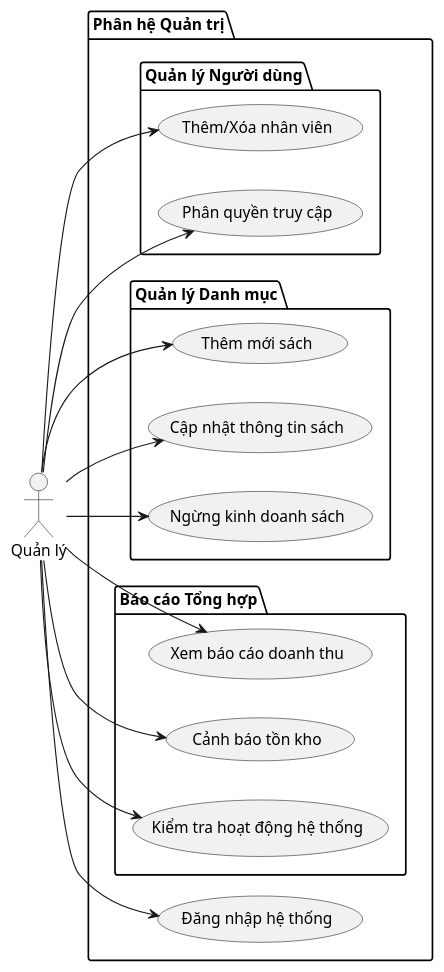
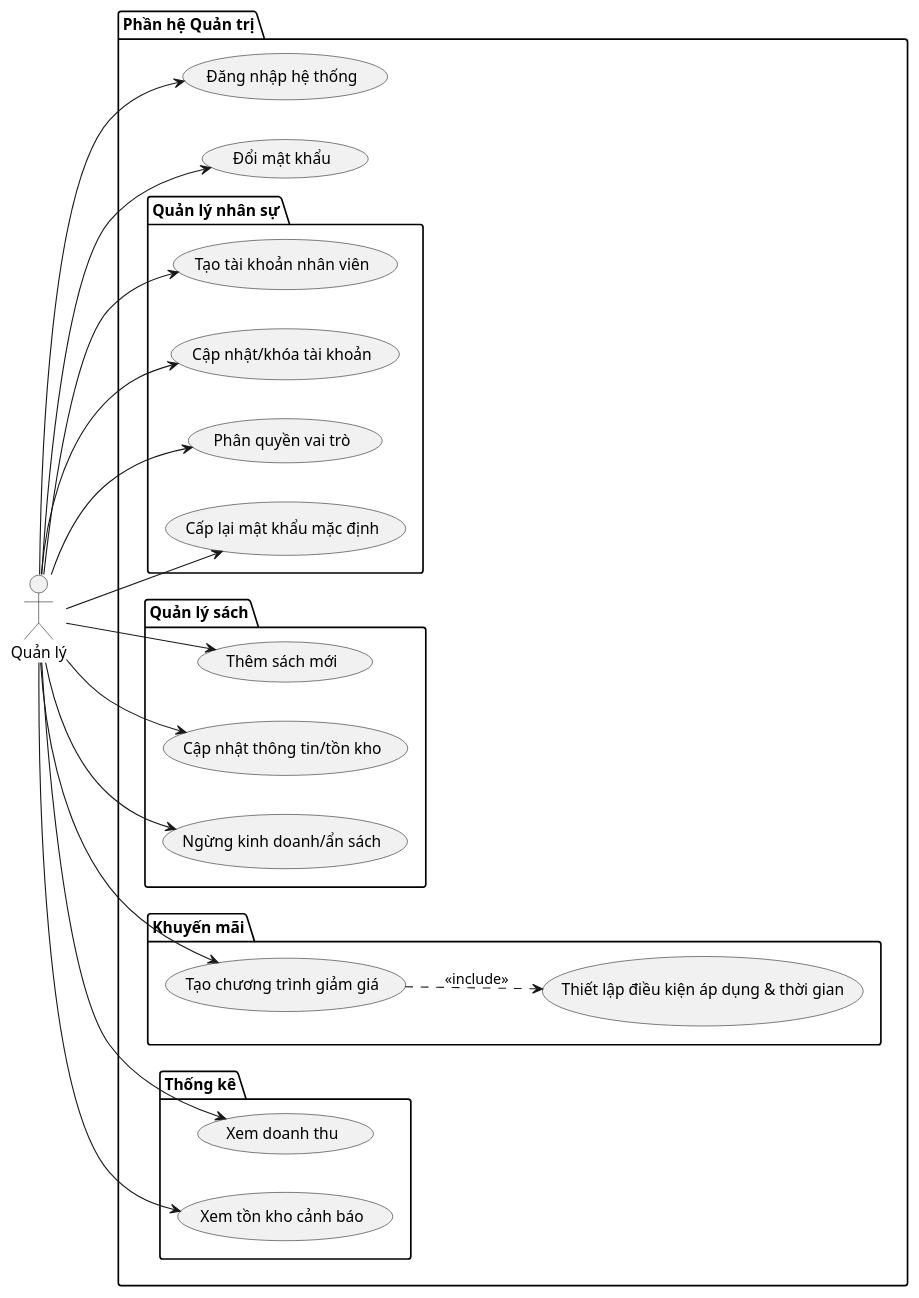
The diagram in docs/use case/actor Quản lý.plantuml (Kh0anh/QuanLyNhaSach), drawn with PlantUML before and after one commit. The commit also changed 13 other files, not shown here.

```diff
--- a/docs/use case/actor Quản lý.plantuml
+++ b/docs/use case/actor Quản lý.plantuml
@@ -1,35 +1,47 @@
 @startuml
 left to right direction
 actor "Quản lý" as QL
 
-package "Phân hệ Quản trị" {
+package "Phần hệ Quản trị" {
     usecase "Đăng nhập hệ thống" as UC_Login
-    
-    package "Quản lý Người dùng" {
-        usecase "Thêm/Xóa nhân viên" as UC_QLNV
-        usecase "Phân quyền truy cập" as UC_PhanQuyen
+    usecase "Đổi mật khẩu" as UC_ChangePwd
+
+    package "Quản lý nhân sự" {
+        usecase "Tạo tài khoản nhân viên" as UC_TaoNV
+        usecase "Cập nhật/khóa tài khoản" as UC_CapNhatNV
+        usecase "Phân quyền vai trò" as UC_PhanQuyen
+        usecase "Cấp lại mật khẩu mặc định" as UC_ResetPwd
     }
 
-    package "Quản lý Danh mục" {
-        usecase "Thêm mới sách" as UC_ThemSach
-        usecase "Cập nhật thông tin sách" as UC_SuaSach
-        usecase "Ngừng kinh doanh sách" as UC_XoaSach
+    package "Quản lý sách" {
+        usecase "Thêm sách mới" as UC_ThemSach
+        usecase "Cập nhật thông tin/tồn kho" as UC_SuaSach
+        usecase "Ngừng kinh doanh/ẩn sách" as UC_NgungKD
     }
 
-    package "Báo cáo Tổng hợp" {
-        usecase "Xem báo cáo doanh thu" as UC_BaoCao
-        usecase "Cảnh báo tồn kho" as UC_TonKho
-        usecase "Kiểm tra hoạt động hệ thống" as UC_Log
+    package "Khuyến mãi" {
+        usecase "Tạo chương trình giảm giá" as UC_KM_Tao
+        usecase "Thiết lập điều kiện áp dụng & thời gian" as UC_KM_DieuKien
+    }
+
+    package "Thống kê" {
+        usecase "Xem doanh thu" as UC_XemDoanhThu
+        usecase "Xem tồn kho cảnh báo" as UC_XemTonKho
     }
 }
 
 QL --> UC_Login
-QL --> UC_QLNV
+QL --> UC_ChangePwd
+QL --> UC_TaoNV
+QL --> UC_CapNhatNV
 QL --> UC_PhanQuyen
+QL --> UC_ResetPwd
 QL --> UC_ThemSach
 QL --> UC_SuaSach
-QL --> UC_XoaSach
-QL --> UC_BaoCao
-QL --> UC_Log
-QL --> UC_TonKho
+QL --> UC_NgungKD
+QL --> UC_KM_Tao
+QL --> UC_XemDoanhThu
+QL --> UC_XemTonKho
+
+UC_KM_Tao ..> UC_KM_DieuKien : <<include>>
 @enduml
```
